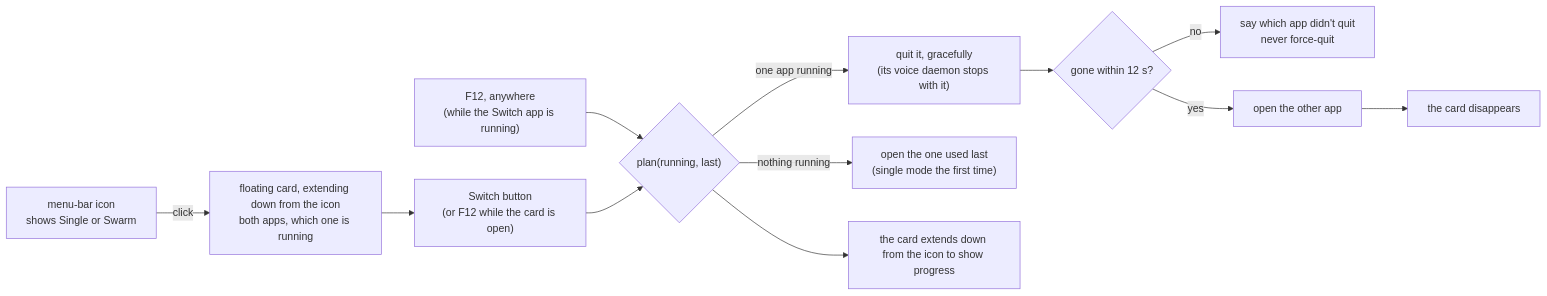
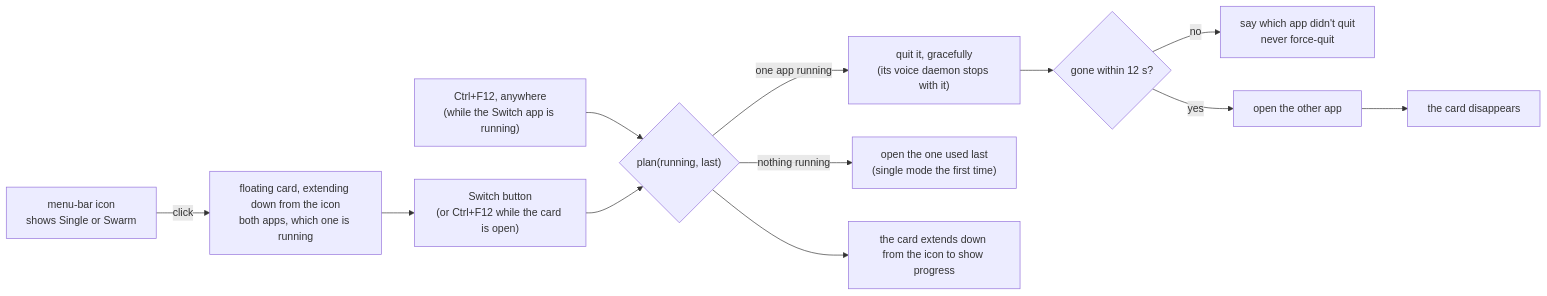
One commit to siddh30/prometheus-voice-control changed diagram 13 of 19 in DESIGN.md. Above: the diagram before and after it, drawn with Mermaid. The commit also changed other lines of this file and 32 other files, not shown here.

Commit message:
Hotkeys are Control+key (Ctrl+F9, Ctrl+F10, Ctrl+F12); Citrix mode button types dictation key by key instead of pasting

````diff
--- a/DESIGN.md
+++ b/DESIGN.md
@@ -449,14 +451,14 @@
 ```mermaid
 flowchart LR
-    F12["F12, anywhere<br/>(while the Switch app is running)"] --> PLAN{"plan(running, last)"}
+    Ctrl+F12["Ctrl+F12, anywhere<br/>(while the Switch app is running)"] --> PLAN{"plan(running, last)"}
     ICON["menu-bar icon<br/>shows Single or Swarm"] -- "click" --> CARD["floating card, extending down from the icon<br/>both apps, which one is running"]
-    CARD --> BTN["Switch button<br/>(or F12 while the card is open)"]
+    CARD --> BTN["Switch button<br/>(or Ctrl+F12 while the card is open)"]
     BTN --> PLAN
     PLAN -- "one app running" --> QUIT["quit it, gracefully<br/>(its voice daemon stops with it)"]
     QUIT --> WAIT{"gone within 12 s?"}
     WAIT -- no --> TELL["say which app didn't quit<br/>never force-quit"]
     WAIT -- yes --> LAUNCH["open the other app"]
     PLAN -- "nothing running" --> LAST["open the one used last<br/>(single mode the first time)"]
     PLAN --> SHOW["the card extends down from the icon to show progress"]
     LAUNCH --> GONE["the card disappears"]
 ```
````
